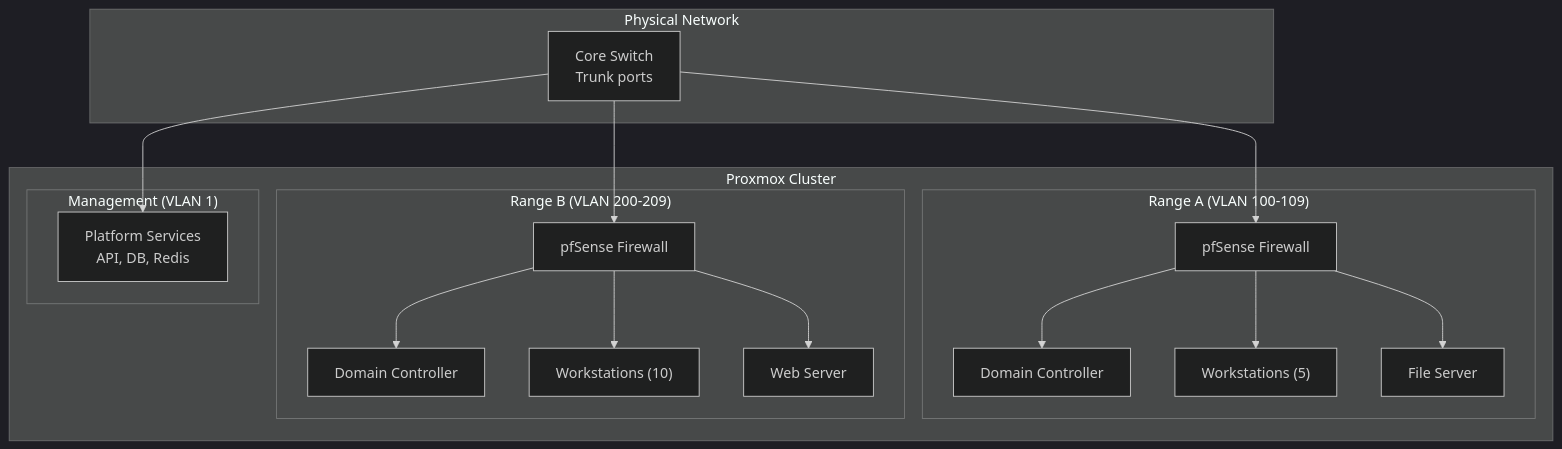
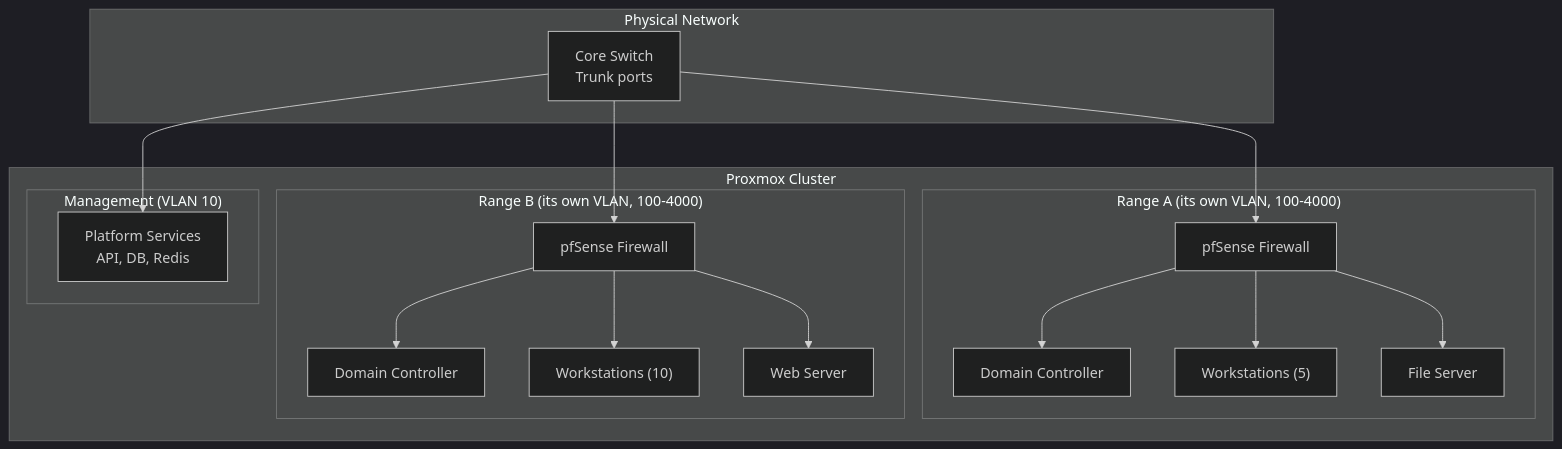
Before and after one commit to mblanke/TrueNorth: diagram 13 of 15 in docs/architecture.md, drawn with Mermaid (dark theme). The commit also changed other lines of this file, not shown here.

Commit message:
uncommitted at end of run w-dc-architecture-r1 (collected by tn-run.sh)

````diff
--- a/docs/architecture.md
+++ b/docs/architecture.md
@@ -688,36 +706,36 @@
 ```mermaid
 graph TB
     subgraph "Physical Network"
         CORE_SW["Core Switch<br/>Trunk ports"]
     end
 
     subgraph "Proxmox Cluster"
-        subgraph "Range A (VLAN 100-109)"
+        subgraph "Range A (its own VLAN, 100-4000)"
             A_DC["Domain Controller"]
             A_WS["Workstations (5)"]
             A_SRV["File Server"]
             A_FW["pfSense Firewall"]
         end
 
-        subgraph "Range B (VLAN 200-209)"
+        subgraph "Range B (its own VLAN, 100-4000)"
             B_DC["Domain Controller"]
             B_WS["Workstations (10)"]
             B_SRV["Web Server"]
             B_FW["pfSense Firewall"]
         end
 
-        subgraph "Management (VLAN 1)"
+        subgraph "Management (VLAN 10)"
             MGMT["Platform Services<br/>API, DB, Redis"]
         end
     end
 
     CORE_SW --> A_FW
     CORE_SW --> B_FW
     CORE_SW --> MGMT
     A_FW --> A_DC
     A_FW --> A_WS
     A_FW --> A_SRV
     B_FW --> B_DC
     B_FW --> B_WS
     B_FW --> B_SRV
 ```
````
